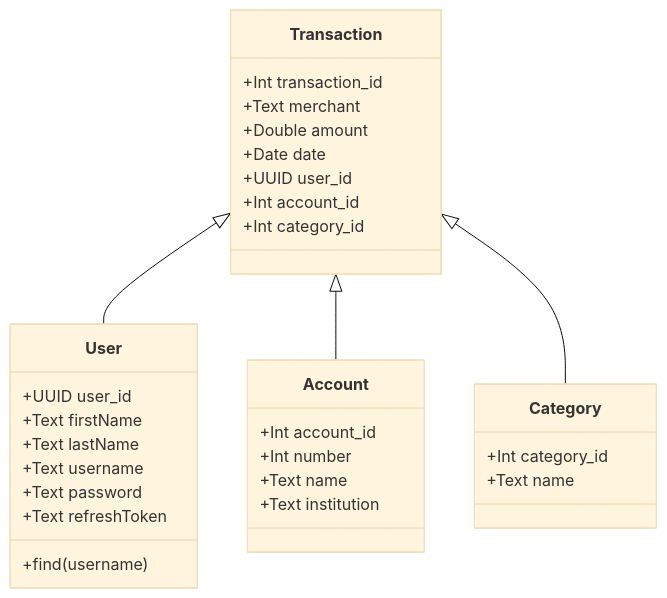
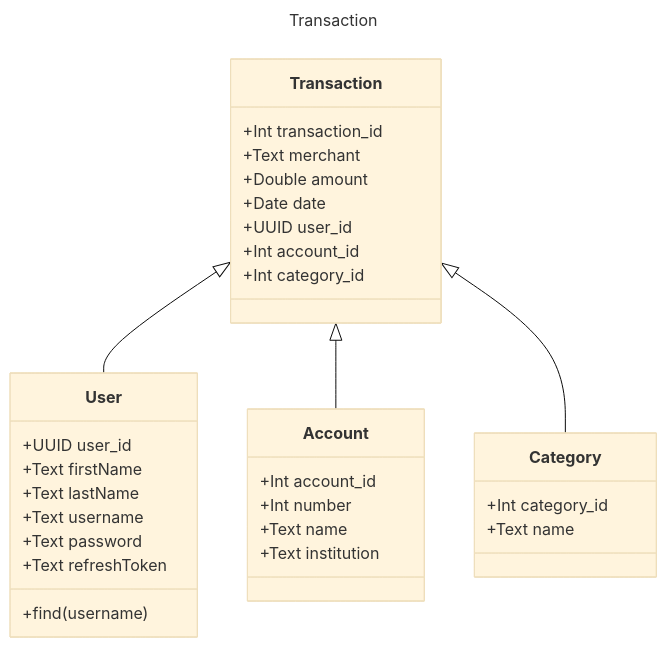
One commit to curtrube/expense-tracker changed the diagram in docs/class-diagram.md. Above: the diagram before and after it, drawn with Mermaid (base theme). The commit also changed 3 other files, not shown here.

Commit message:
feat: ER diagram

````diff
--- a/docs/class-diagram.md
+++ b/docs/class-diagram.md
@@ -3,34 +3,37 @@
 ```mermaid
+---
+title: Transaction
+---
 classDiagram
     Transaction <|-- User
     Transaction <|-- Account
     Transaction <|-- Category
 
     class User
     User : +UUID user_id
     User : +Text firstName
     User : +Text lastName
     User : +Text username
     User : +Text password
     User : +Text refreshToken
     User : +find(username)
 
     class Transaction
     Transaction : +Int transaction_id
     Transaction : +Text merchant
     Transaction : +Double amount
     Transaction : +Date date
     Transaction : +UUID user_id
     Transaction : +Int account_id
     Transaction : +Int category_id
 
     class Account
     Account : +Int account_id
     Account : +Int number
     Account : +Text name
     Account : +Text institution
 
     class Category
     Category : +Int category_id
     Category : +Text name
 ```
````
